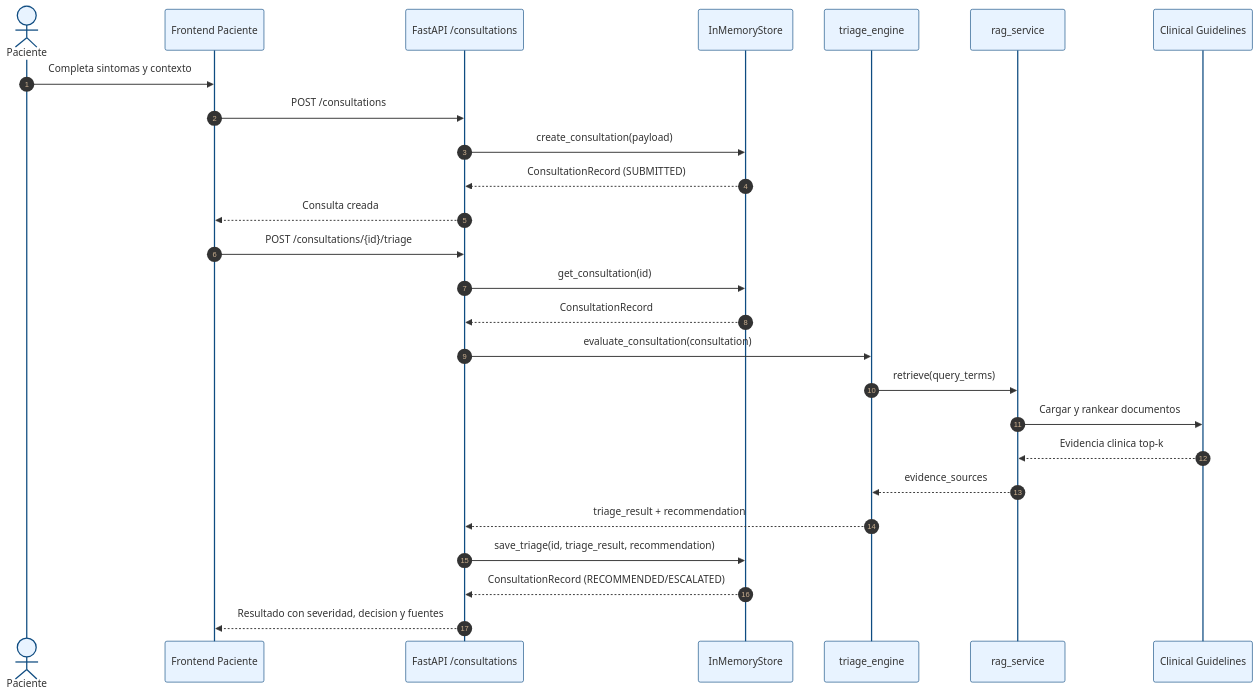
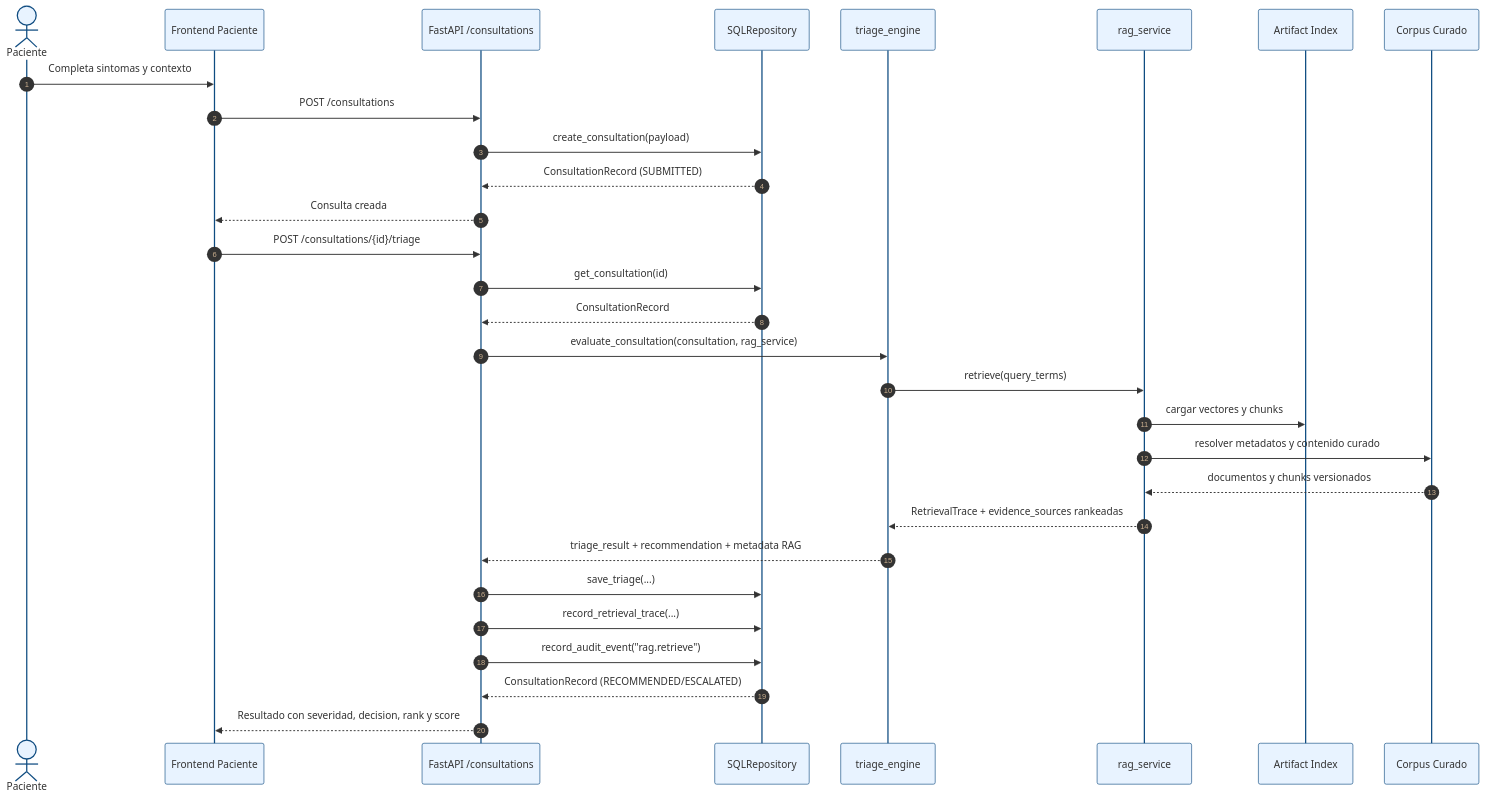
Before and after one commit to JesusJC15/proyecto-arep: the diagram in docs/architecture/04-sequence-triage.mmd, drawn with Mermaid. The commit also changed 90 other files, not shown here.

```diff
--- a/docs/architecture/04-sequence-triage.mmd
+++ b/docs/architecture/04-sequence-triage.mmd
@@ -1,29 +1,33 @@
 %%{init: {"theme": "base", "themeVariables": {"fontFamily": "Inter, Segoe UI, sans-serif", "primaryColor": "#E8F3FF", "primaryBorderColor": "#0F4C81", "lineColor": "#355070", "secondaryColor": "#EAFBF2", "tertiaryColor": "#FFF5E6"}}}%%
 sequenceDiagram
     autonumber
     actor Patient as Paciente
     participant UI as Frontend Paciente
     participant API as FastAPI /consultations
-    participant Store as InMemoryStore
+    participant Store as SQLRepository
     participant TRIAGE as triage_engine
     participant RAG as rag_service
-    participant KB as Clinical Guidelines
+    participant IDX as Artifact Index
+    participant CORPUS as Corpus Curado
 
     Patient->>UI: Completa sintomas y contexto
     UI->>API: POST /consultations
     API->>Store: create_consultation(payload)
     Store-->>API: ConsultationRecord (SUBMITTED)
     API-->>UI: Consulta creada
 
     UI->>API: POST /consultations/{id}/triage
     API->>Store: get_consultation(id)
     Store-->>API: ConsultationRecord
-    API->>TRIAGE: evaluate_consultation(consultation)
+    API->>TRIAGE: evaluate_consultation(consultation, rag_service)
     TRIAGE->>RAG: retrieve(query_terms)
-    RAG->>KB: Cargar y rankear documentos
-    KB-->>RAG: Evidencia clinica top-k
-    RAG-->>TRIAGE: evidence_sources
-    TRIAGE-->>API: triage_result + recommendation
-    API->>Store: save_triage(id, triage_result, recommendation)
+    RAG->>IDX: cargar vectores y chunks
+    RAG->>CORPUS: resolver metadatos y contenido curado
+    CORPUS-->>RAG: documentos y chunks versionados
+    RAG-->>TRIAGE: RetrievalTrace + evidence_sources rankeadas
+    TRIAGE-->>API: triage_result + recommendation + metadata RAG
+    API->>Store: save_triage(...)
+    API->>Store: record_retrieval_trace(...)
+    API->>Store: record_audit_event("rag.retrieve")
     Store-->>API: ConsultationRecord (RECOMMENDED/ESCALATED)
-    API-->>UI: Resultado con severidad, decision y fuentes
+    API-->>UI: Resultado con severidad, decision, rank y score
```
